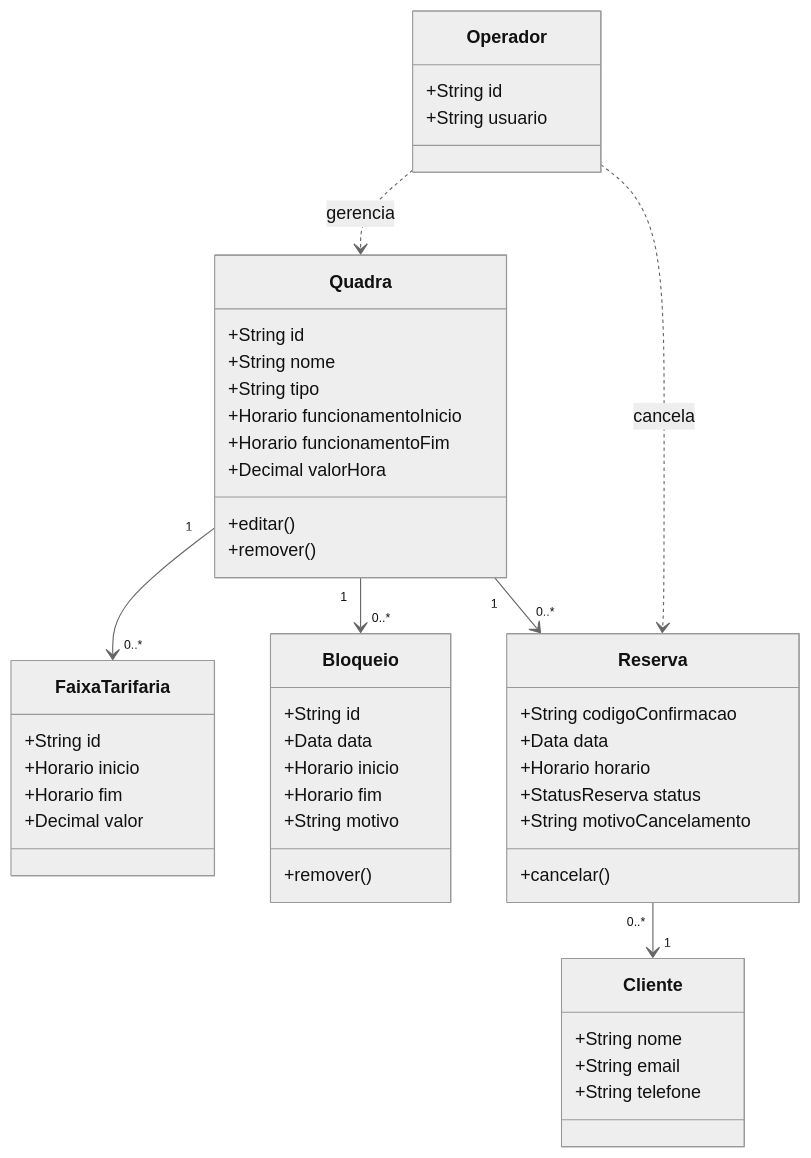
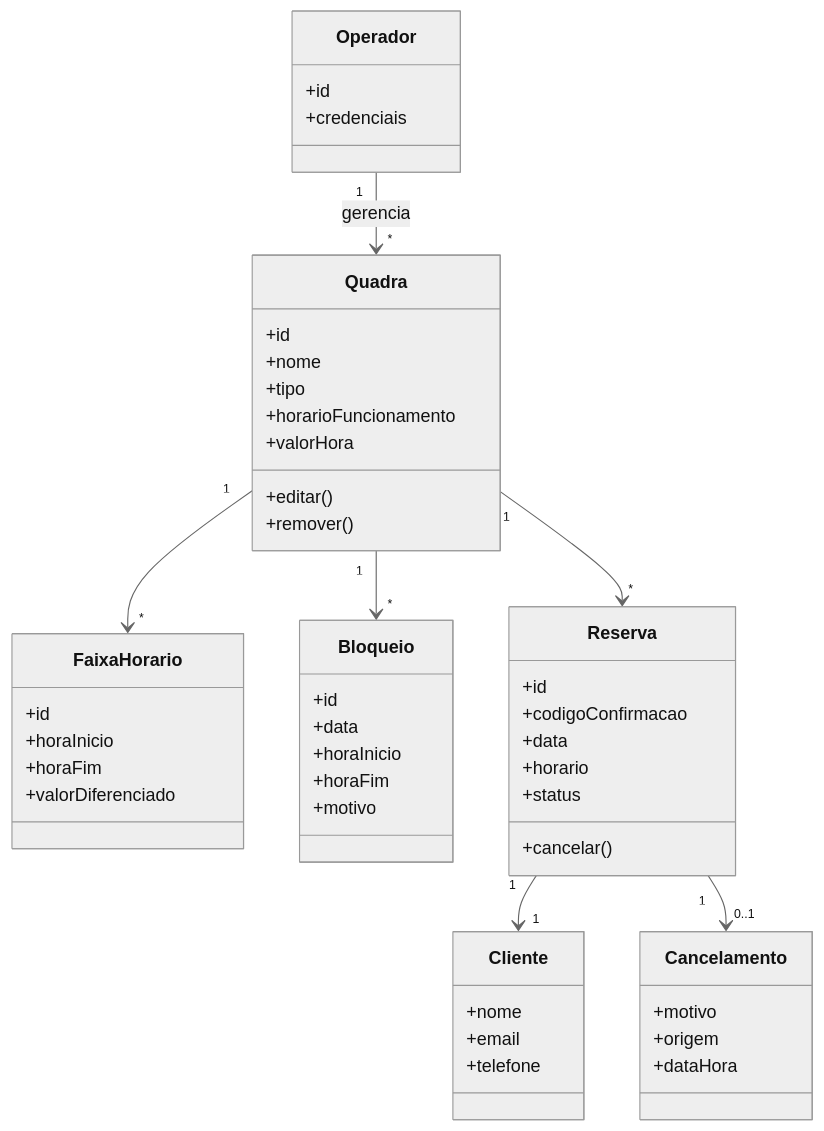
One commit to PDC-ESIA/AI4ES changed the fourth of 4 diagrams in docs/Time_2_Design/analise-qualitativa/outputs/relatorio_claude_opus_4_8_P05.md. Above: the diagram before and after it, drawn with Mermaid (neutral theme). The commit also changed other lines of this file and 93 other files, not shown here.

````diff
--- a/docs/Time_2_Design/analise-qualitativa/outputs/relatorio_claude_opus_4_8_P05.md
+++ b/docs/Time_2_Design/analise-qualitativa/outputs/relatorio_claude_opus_4_8_P05.md
@@ -136,51 +129,54 @@
 ```mermaid
 classDiagram
     class Quadra {
-        +String id
-        +String nome
-        +String tipo
-        +Horario funcionamentoInicio
-        +Horario funcionamentoFim
-        +Decimal valorHora
+        +id
+        +nome
+        +tipo
+        +horarioFuncionamento
+        +valorHora
         +editar()
         +remover()
     }
-    class FaixaTarifaria {
-        +String id
-        +Horario inicio
-        +Horario fim
-        +Decimal valor
+    class FaixaHorario {
+        +id
+        +horaInicio
+        +horaFim
+        +valorDiferenciado
     }
     class Bloqueio {
-        +String id
-        +Data data
-        +Horario inicio
-        +Horario fim
-        +String motivo
-        +remover()
+        +id
+        +data
+        +horaInicio
+        +horaFim
+        +motivo
     }
     class Reserva {
-        +String codigoConfirmacao
-        +Data data
-        +Horario horario
-        +StatusReserva status
-        +String motivoCancelamento
+        +id
+        +codigoConfirmacao
+        +data
+        +horario
+        +status
         +cancelar()
     }
     class Cliente {
-        +String nome
-        +String email
-        +String telefone
+        +nome
+        +email
+        +telefone
+    }
+    class Cancelamento {
+        +motivo
+        +origem
+        +dataHora
     }
     class Operador {
-        +String id
-        +String usuario
+        +id
+        +credenciais
     }
 
-    Quadra "1" --> "0..*" FaixaTarifaria
-    Quadra "1" --> "0..*" Bloqueio
-    Quadra "1" --> "0..*" Reserva
-    Reserva "0..*" --> "1" Cliente
-    Operador ..> Reserva : cancela
-    Operador ..> Quadra : gerencia
+    Quadra "1" --> "*" FaixaHorario
+    Quadra "1" --> "*" Bloqueio
+    Quadra "1" --> "*" Reserva
+    Reserva "1" --> "1" Cliente
+    Reserva "1" --> "0..1" Cancelamento
+    Operador "1" --> "*" Quadra : gerencia
 ```
````
